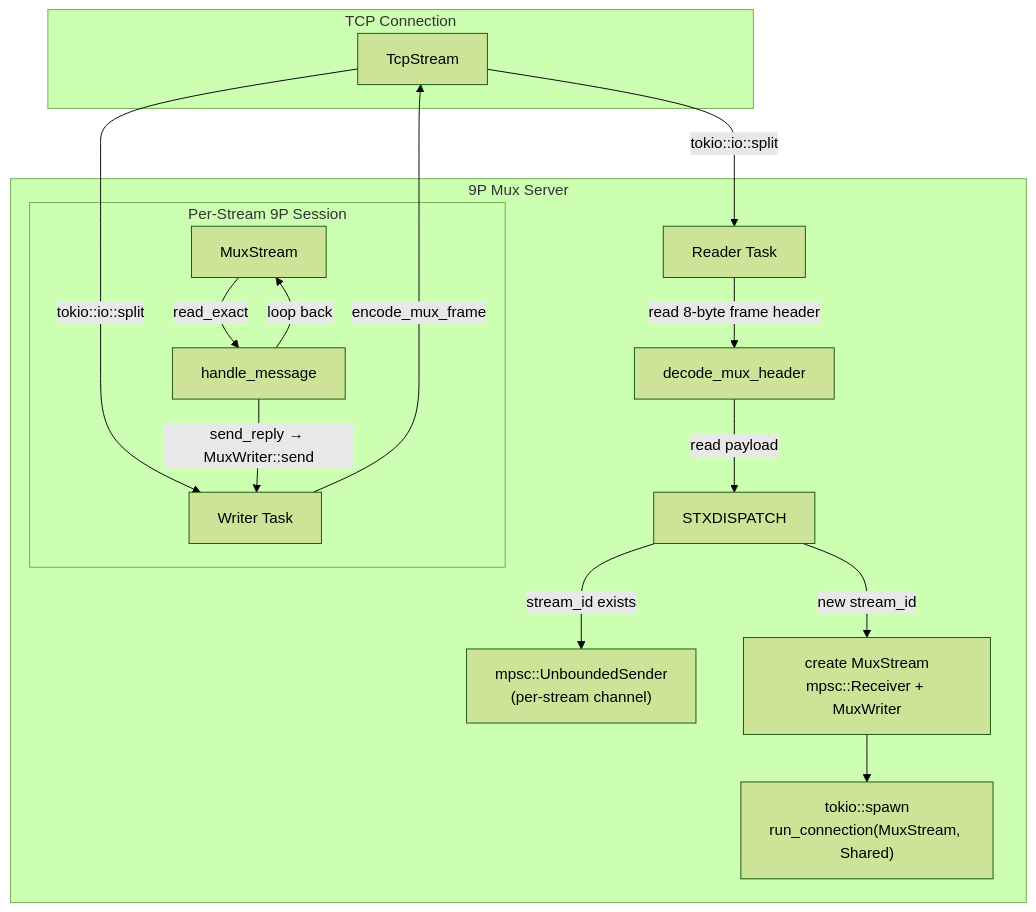
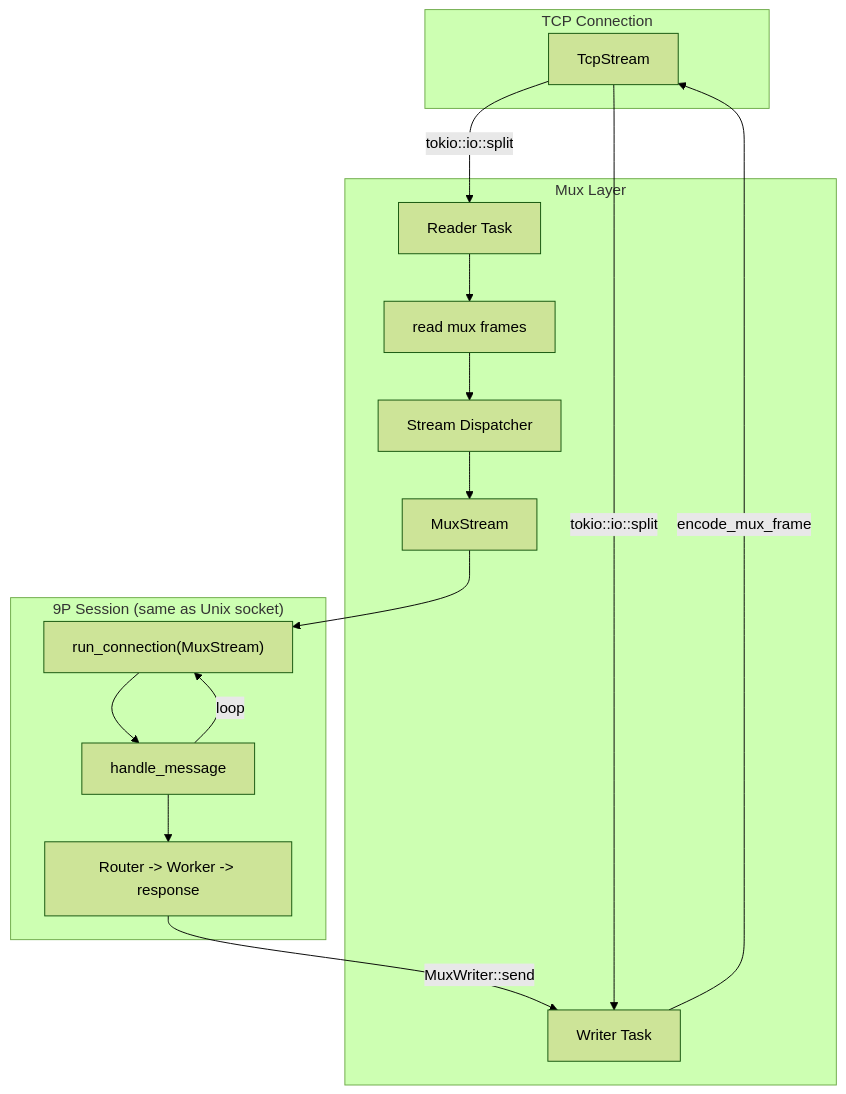
One commit to bubblegutz/pinhead changed the fourth of 9 diagrams in docs/ARCHITECTURE.md. Above: the diagram before and after it, drawn with Mermaid (forest theme). The commit also changed other lines of this file, not shown here.

````diff
--- a/docs/ARCHITECTURE.md
+++ b/docs/ARCHITECTURE.md
@@ -99,26 +99,23 @@
 ```mermaid
 flowchart TB
-    subgraph TCP["TCP Connection"]
+    subgraph Conn["TCP Connection"]
         S[TcpStream]
     end
 
-    subgraph Mux["9P Mux Server"]
+    subgraph Mux["Mux Layer"]
         S -->|tokio::io::split| READER[Reader Task]
-        S -->|tokio::io::split| WRITERT[Writer Task]
+        S -->|tokio::io::split| WRITER[Writer Task]
+        READER --> FRAMES["read mux frames"]
+        FRAMES --> DISPATCH["Stream Dispatcher"]
+        DISPATCH --> CHAN["MuxStream"]
+        WRITER -->|encode_mux_frame| S
+    end
 
-        READER -->|read 8-byte frame header| PARSE["decode_mux_header"]
-        PARSE -->|read payload| STXDISPATCH
-
-        STXDISPATCH -->|stream_id exists| EXISTING["mpsc::UnboundedSender\n(per-stream channel)"]
-        STXDISPATCH -->|new stream_id| NEWSTREAM["create MuxStream\nmpsc::Receiver + MuxWriter"]
-        NEWSTREAM --> SPAWN["tokio::spawn\nrun_connection(MuxStream, Shared)"]
-
-        subgraph StreamN["Per-Stream 9P Session"]
-            MUXS[MuxStream] -->|read_exact| H9P[handle_message]
-            H9P -->|send_reply → MuxWriter::send| WRITERT
-            H9P -->|loop back| MUXS
-        end
-
-        WRITERT -->|encode_mux_frame| S
+    subgraph NineP["9P Session (same as Unix socket)"]
+        CHAN --> RUN["run_connection(MuxStream)"]
+        RUN --> HANDLE["handle_message"]
+        HANDLE --> ROUTER["Router -> Worker -> response"]
+        ROUTER -->|MuxWriter::send| WRITER
+        HANDLE -->|loop| RUN
     end
 ```
````
